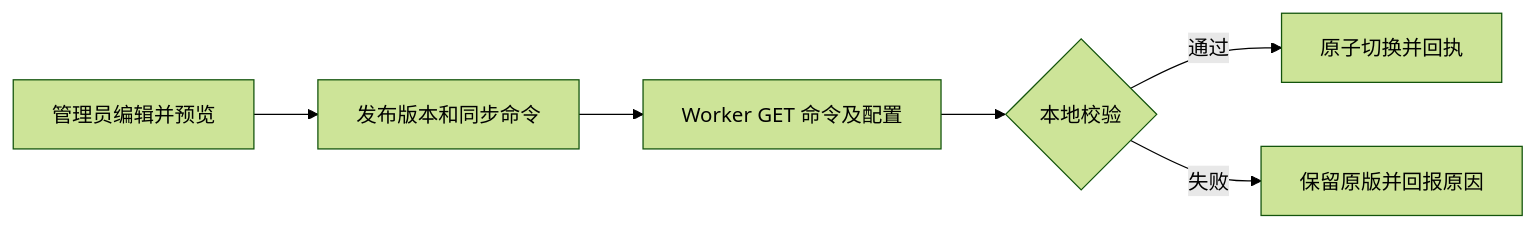
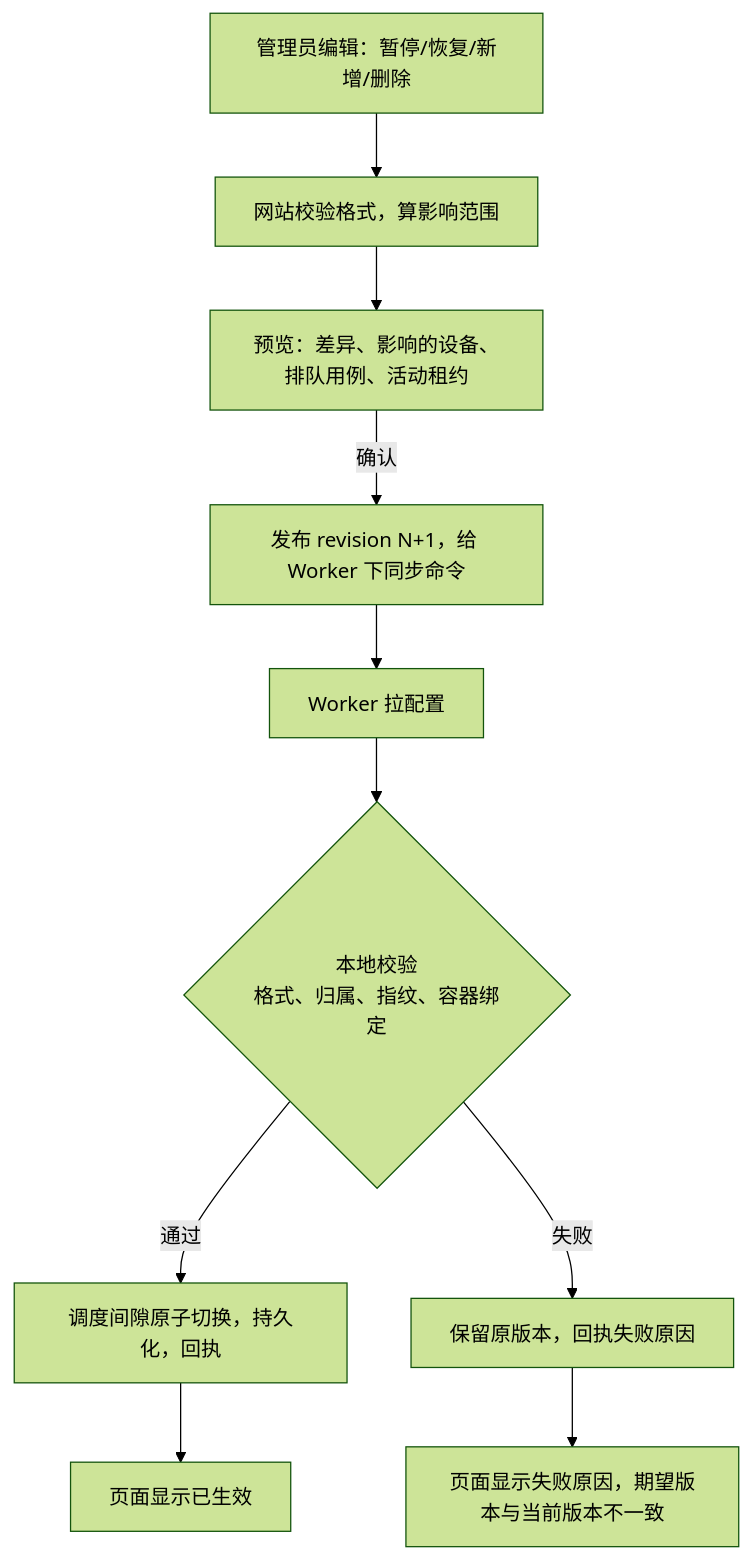
One commit to depeng1994/lite-actions changed the seventh of 9 diagrams in control-center/docs/PRD.md. Above: the diagram before and after it, drawn with Mermaid (forest theme). The commit also changed other lines of this file and 1 other file, not shown here.

````diff
--- a/control-center/docs/PRD.md
+++ b/control-center/docs/PRD.md
@@ -98,8 +274,12 @@
 ```mermaid
-flowchart LR
-    A[管理员编辑并预览] --> B[发布版本和同步命令]
-    B --> C[Worker GET 命令及配置]
-    C --> D{本地校验}
-    D -->|通过| E[原子切换并回执]
-    D -->|失败| F[保留原版并回报原因]
+flowchart TD
+    A[管理员编辑：暂停/恢复/新增/删除] --> B[网站校验格式，算影响范围]
+    B --> C[预览：差异、影响的设备、排队用例、活动租约]
+    C -->|确认| D[发布 revision N+1，给 Worker 下同步命令]
+    D --> E[Worker 拉配置]
+    E --> F{本地校验<br/>格式、归属、指纹、容器绑定}
+    F -->|通过| G[调度间隙原子切换，持久化，回执]
+    F -->|失败| H[保留原版本，回执失败原因]
+    G --> I[页面显示已生效]
+    H --> J[页面显示失败原因，期望版本与当前版本不一致]
 ```
````
